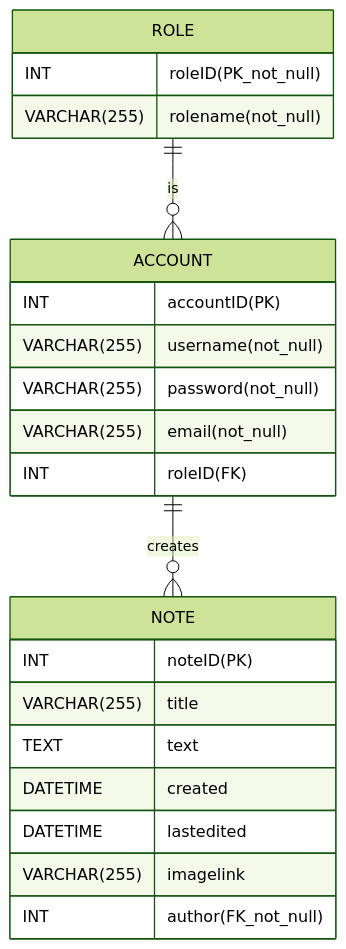
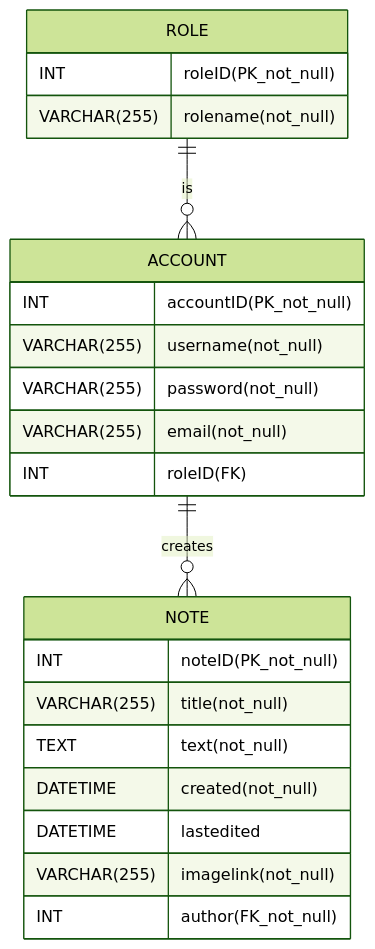
The third of 3 diagrams in Artefakter/UML/ER diagram.md (PBI22/Agil-Flask-Note-Projekt), drawn with Mermaid (forest theme) before and after one commit.

Commit message:
enforcement fixed

````diff
--- a/Artefakter/UML/ER diagram.md
+++ b/Artefakter/UML/ER diagram.md
@@ -43,26 +43,26 @@
 ```mermaid
 erDiagram
     ACCOUNT ||--o{ NOTE : creates
     ROLE ||--o{ ACCOUNT : is
     NOTE {
-        INT noteID(PK)
-        VARCHAR(255) title
-        TEXT text
-        DATETIME created
+        INT noteID(PK_not_null)
+        VARCHAR(255) title(not_null)
+        TEXT text(not_null)
+        DATETIME created(not_null)
         DATETIME lastedited
-        VARCHAR(255) imagelink
+        VARCHAR(255) imagelink(not_null)
         INT author(FK_not_null)
     }
     ACCOUNT {
-        INT accountID(PK)
+        INT accountID(PK_not_null)
         VARCHAR(255) username(not_null)
         VARCHAR(255) password(not_null)
         VARCHAR(255) email(not_null)
         INT roleID(FK)
     }
     ROLE {
         INT roleID(PK_not_null)
         VARCHAR(255) rolename(not_null)
     }
 
 ```
````
